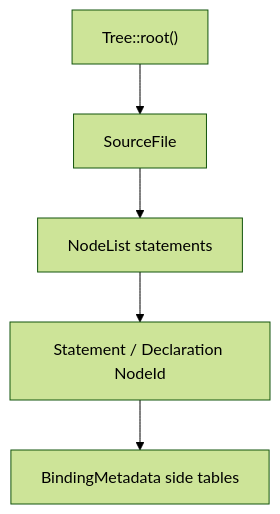
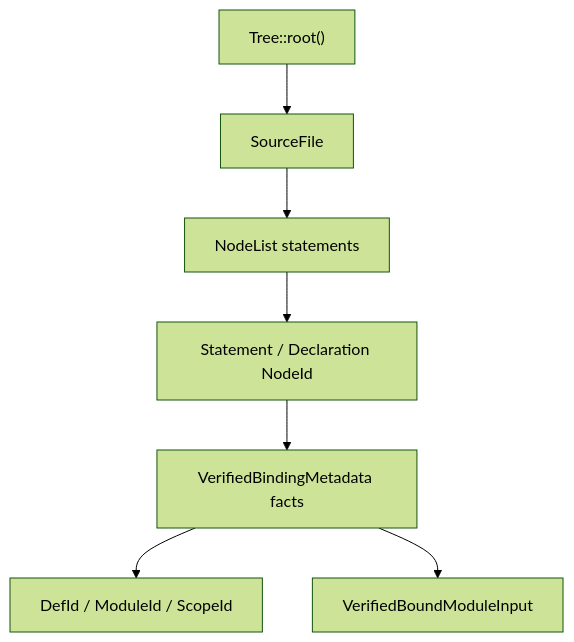
Before and after one commit to Zzzode/ZOM: the second of 2 diagrams in docs/design/ast-data-structure.md, drawn with Mermaid (forest theme). The commit also changed other lines of this file and 21 other files, not shown here.

First line of the commit message:
docs(repo): align compiler architecture guidance

````diff
--- a/docs/design/ast-data-structure.md
+++ b/docs/design/ast-data-structure.md
@@ -235,7 +228,9 @@
 ```mermaid
 flowchart TD
   Root["Tree::root()"] --> SourceFile["SourceFile"]
   SourceFile --> Statements["NodeList statements"]
   Statements --> Node["Statement / Declaration NodeId"]
-  Node --> Metadata["BindingMetadata side tables"]
+  Node --> Metadata["VerifiedBindingMetadata facts"]
+  Metadata --> Definition["DefId / ModuleId / ScopeId"]
+  Metadata --> Bound["VerifiedBoundModuleInput"]
 ```
````
